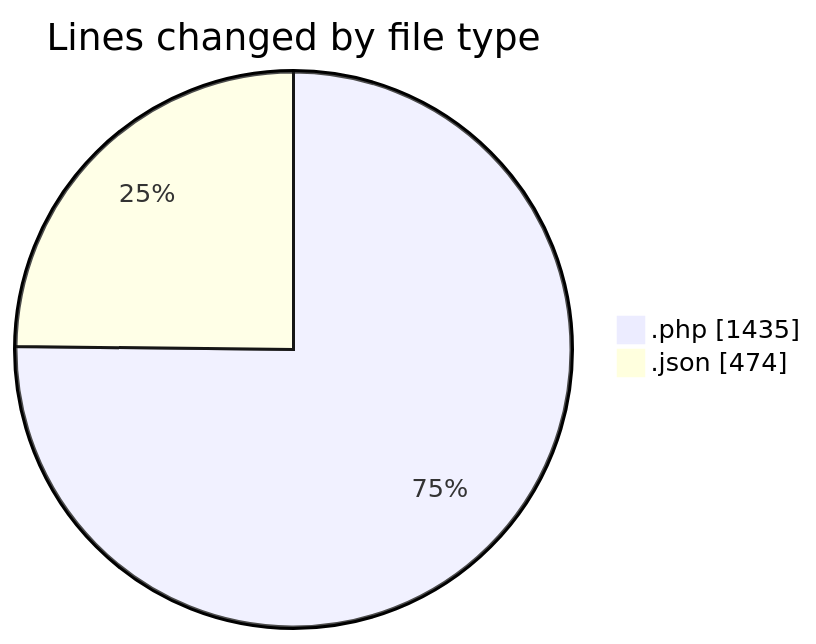
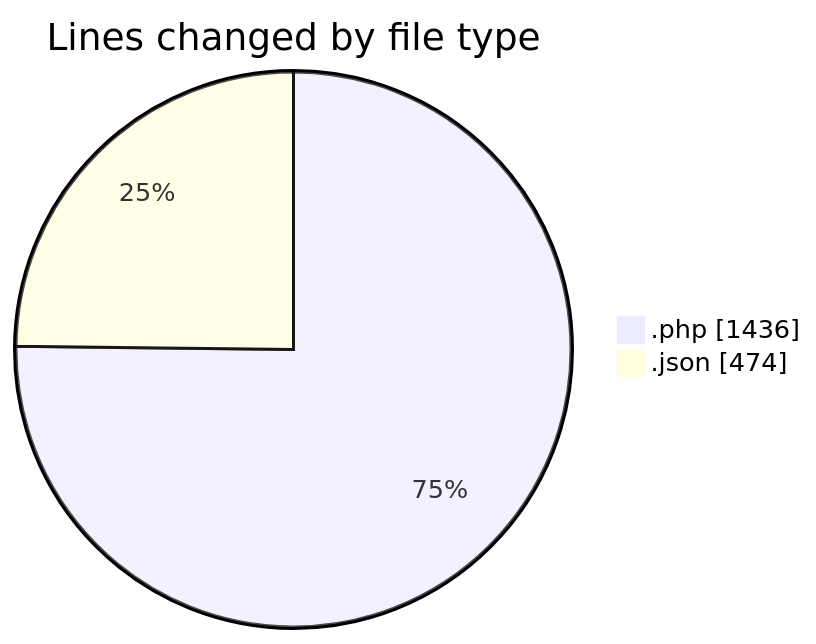
The first of 2 diagrams in 2025-06-22/studio-backend/README.md (idhammustaqopulfikri/code-tracking), drawn with Mermaid before and after one commit. The commit also changed other lines of this file and 1 other file, not shown here.

````diff
--- a/2025-06-22/studio-backend/README.md
+++ b/2025-06-22/studio-backend/README.md
@@ -25,6 +25,6 @@
 ```mermaid
 pie showData
 title Lines changed by file type
-".php" : 1435
+".php" : 1436
 ".json" : 474
 ```
````
